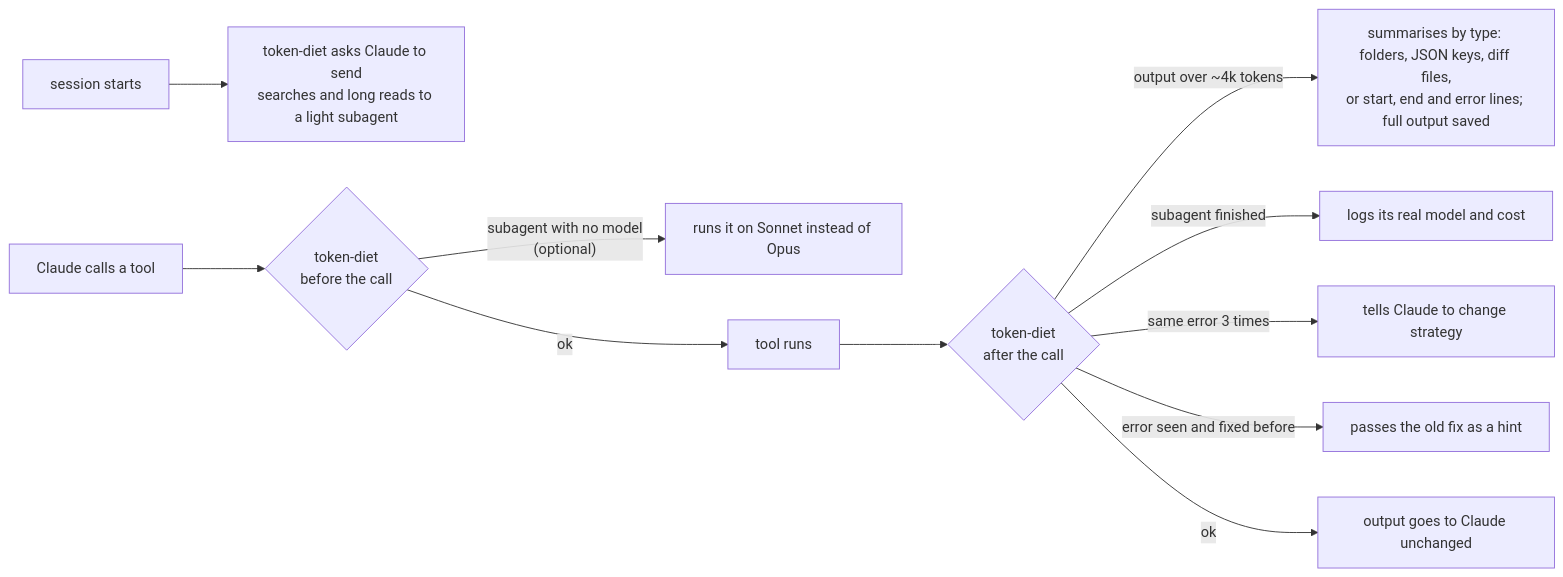
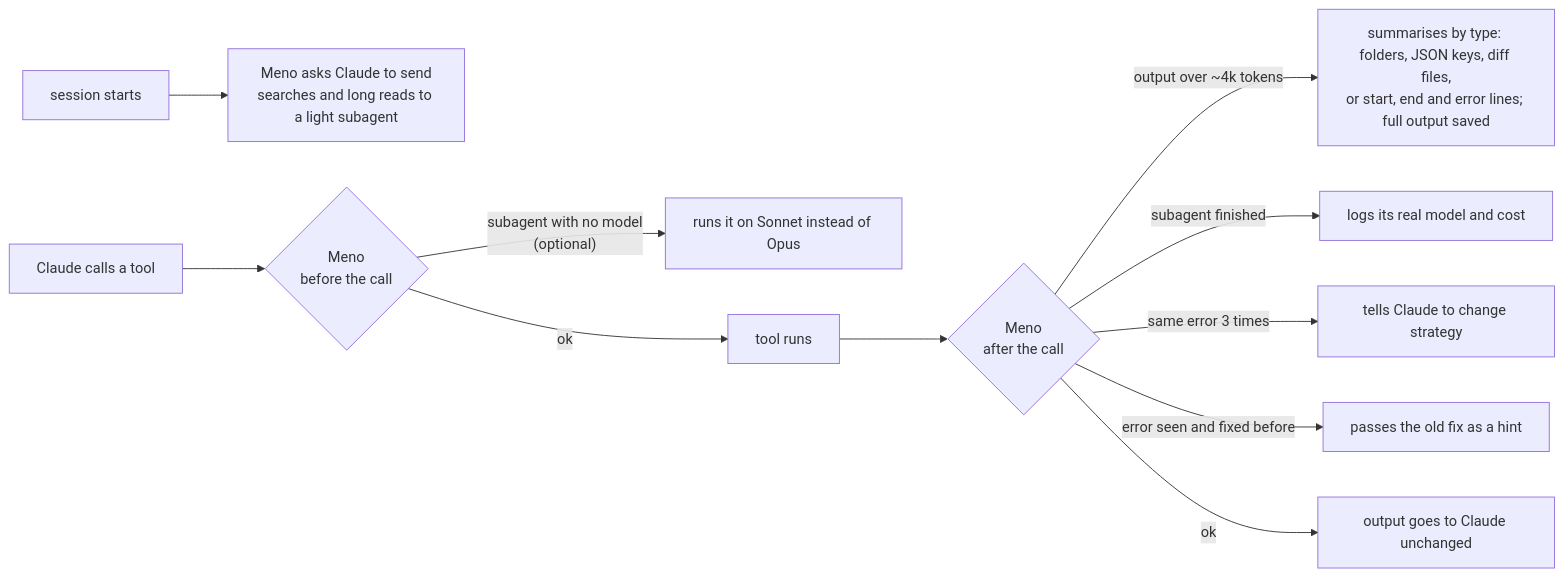
One commit to maca-codes/meno-tokens changed the diagram in README.md. Above: the diagram before and after it, drawn with Mermaid. The commit also changed other lines of this file and 17 other files, not shown here.

````diff
--- a/README.md
+++ b/README.md
@@ -28,13 +30,13 @@
 ```mermaid
 flowchart LR
-    S[session starts] --> T[token-diet asks Claude to send<br/>searches and long reads to a light subagent]
-    A[Claude calls a tool] --> B{token-diet<br/>before the call}
+    S[session starts] --> T[Meno asks Claude to send<br/>searches and long reads to a light subagent]
+    A[Claude calls a tool] --> B{Meno<br/>before the call}
     B -- "subagent with no model<br/>(optional)" --> C[runs it on Sonnet instead of Opus]
     B -- ok --> D[tool runs]
-    D --> E{token-diet<br/>after the call}
+    D --> E{Meno<br/>after the call}
     E -- "output over ~4k tokens" --> F[summarises by type: folders, JSON keys, diff files,<br/>or start, end and error lines; full output saved]
     E -- "subagent finished" --> J[logs its real model and cost]
     E -- "same error 3 times" --> G[tells Claude to change strategy]
     E -- "error seen and fixed before" --> H[passes the old fix as a hint]
     E -- ok --> I[output goes to Claude unchanged]
 ```
````
